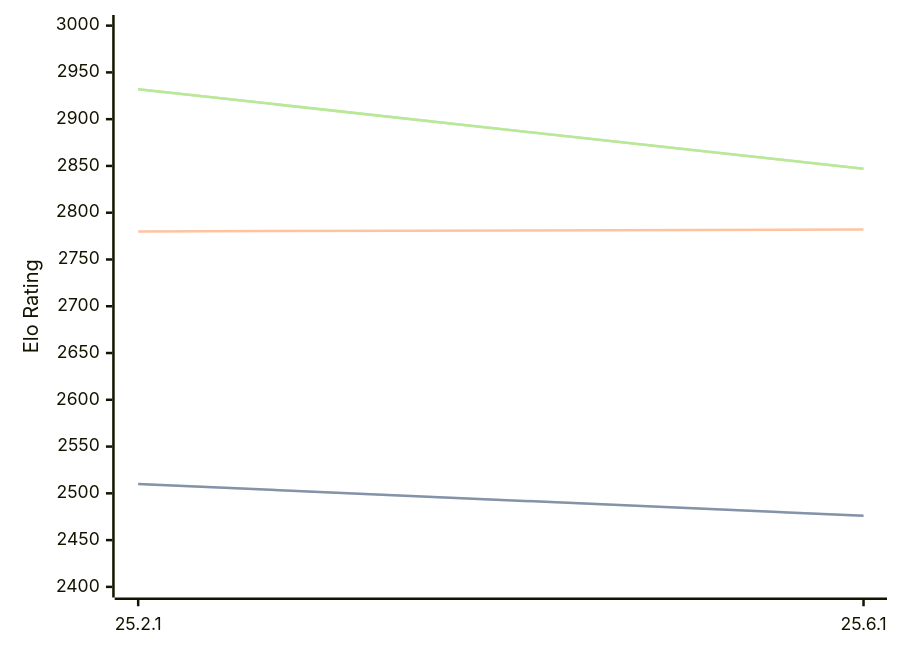
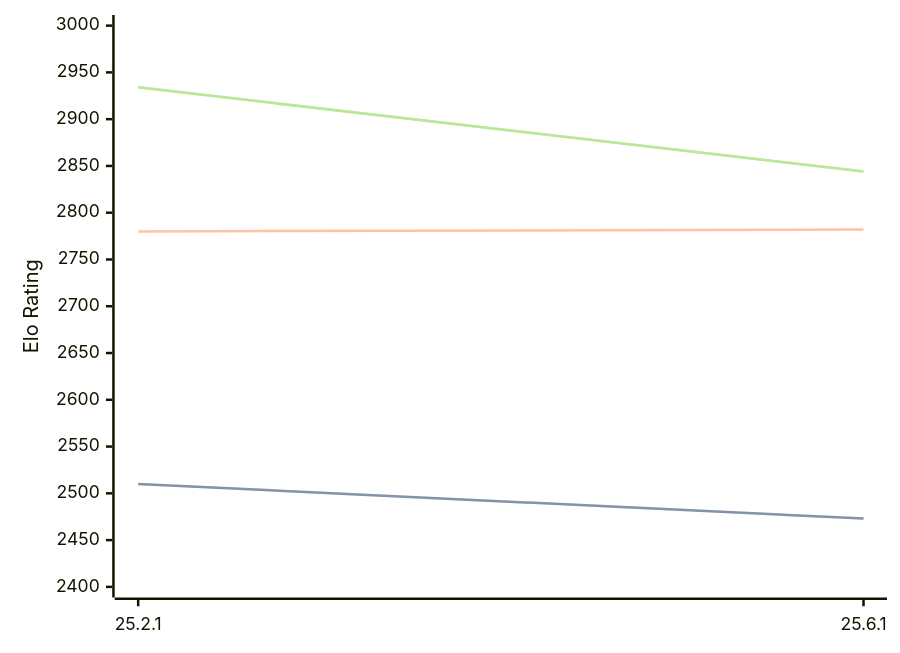
The diagram in engines/Crafty.md (computer-chess-index/cci), drawn with Mermaid before and after one commit. The commit also changed other lines of this file, not shown here.

Commit message:
Update CCI Ratings (ELO VLTC) - 2026-09-06

````diff
--- a/engines/Crafty.md
+++ b/engines/Crafty.md
@@ -32,11 +32,11 @@
 ```mermaid
 %%{init: {"theme":"base","themeVariables":{"seriesColors:['#a3a3a3','#222221','#faa371']}}}%%
 xychart-beta
   x-axis ["25.2.1", "25.6.1"]
   y-axis "Elo Rating" 2400 --> 3000
-  line "" [2510, 2476]
-  line "STC (8.0+0.08s)" [2510, 2476]
+  line "" [2510, 2473]
+  line "STC (8.0+0.08s)" [2510, 2473]
   line "LTC (60.0+0.60s)" [2780, 2782]
-  line "" [2932, 2847]
-  line "VLTC (2m24s+1.12s)" [2932, 2847]
+  line "" [2934, 2844]
+  line "VLTC (2m24s+1.12s)" [2934, 2844]
 ```
````
